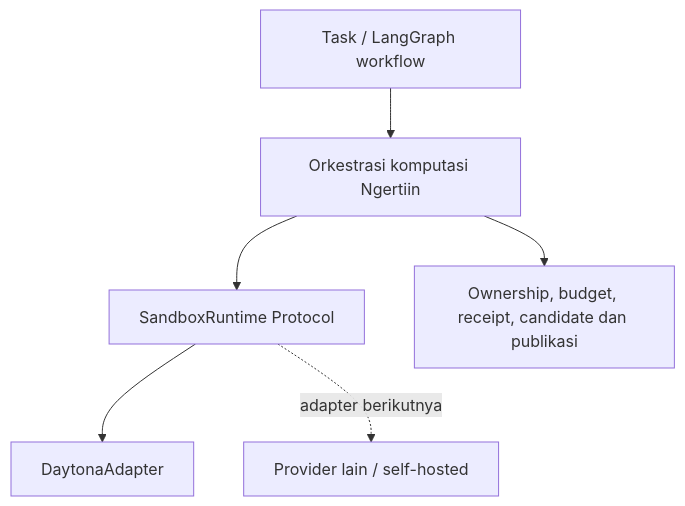
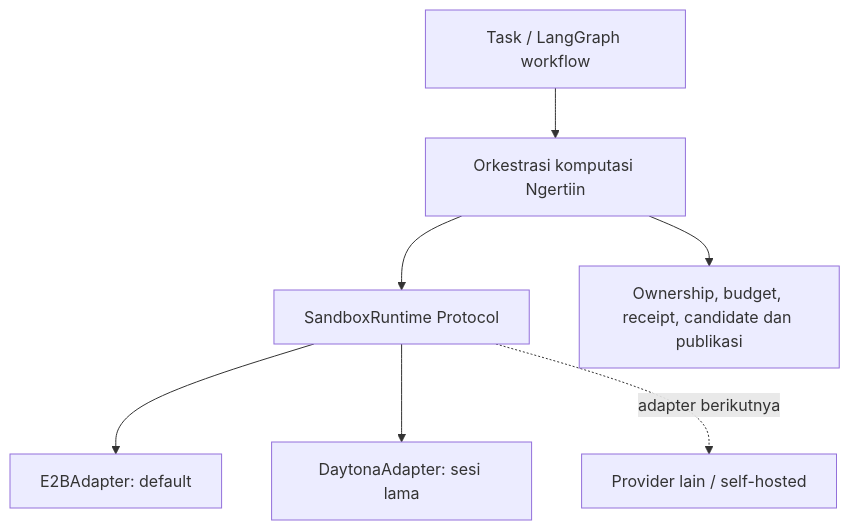
The diagram in docs/engineering/sandbox-runtime.md (manikandareas/ngerti.in), drawn with Mermaid before and after one commit. The commit also changed other lines of this file and 15 other files, not shown here.

````diff
--- a/docs/engineering/sandbox-runtime.md
+++ b/docs/engineering/sandbox-runtime.md
@@ -5,8 +5,9 @@
 ```mermaid
 flowchart TD
   Task["Task / LangGraph workflow"] --> Compute["Orkestrasi komputasi Ngertiin"]
   Compute --> Contract["SandboxRuntime Protocol"]
-  Contract --> Daytona["DaytonaAdapter"]
+  Contract --> E2B["E2BAdapter: default"]
+  Contract --> Daytona["DaytonaAdapter: sesi lama"]
   Contract -. "adapter berikutnya" .-> Other["Provider lain / self-hosted"]
   Compute --> Domain["Ownership, budget, receipt, candidate dan publikasi"]
 ```
````
